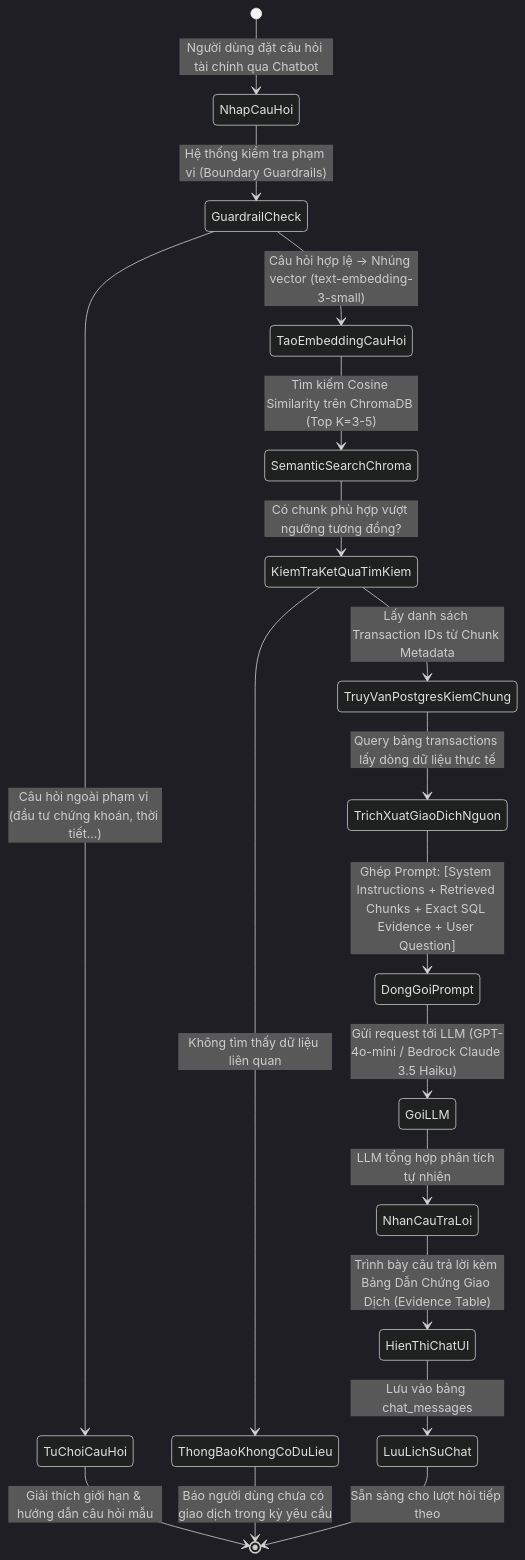
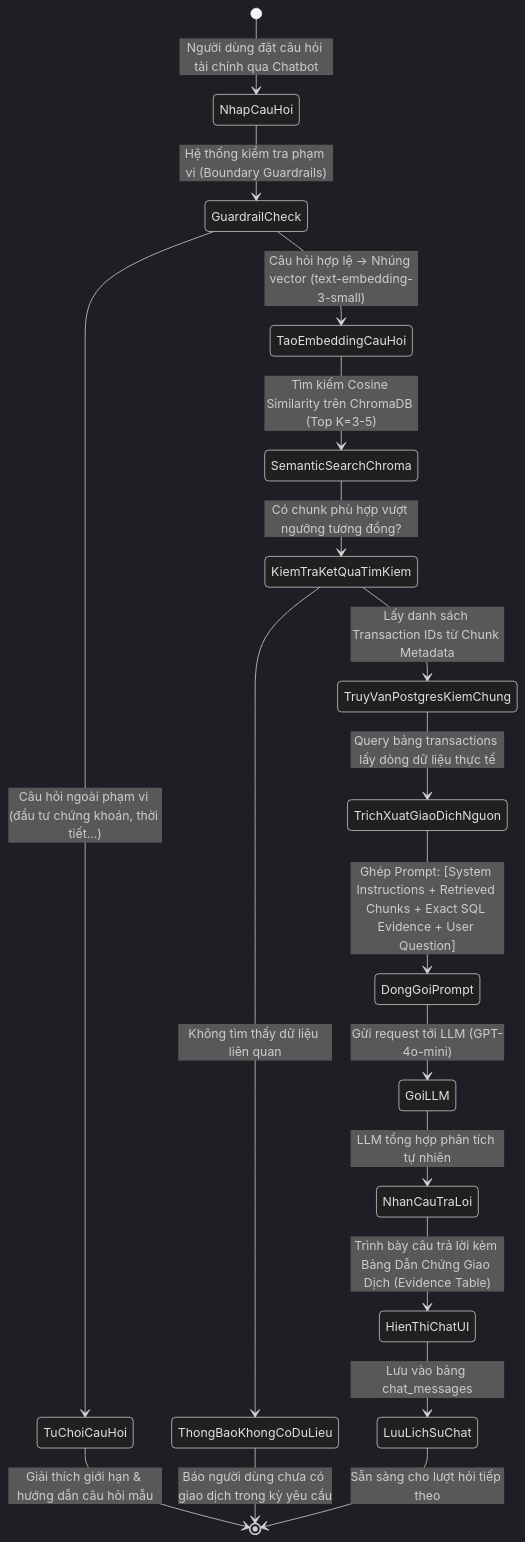
The sixth of 9 diagrams in docs/report/bao_cao_chuong_3_thiet_ke_va_phat_trien_budgetbot.md (nabe39/budgetbot-aws), drawn with Mermaid (dark theme) before and after one commit. The commit also changed other lines of this file and 14 other files, not shown here.

````diff
--- a/docs/report/bao_cao_chuong_3_thiet_ke_va_phat_trien_budgetbot.md
+++ b/docs/report/bao_cao_chuong_3_thiet_ke_va_phat_trien_budgetbot.md
@@ -588,28 +588,28 @@
 ```mermaid
 stateDiagram-v2
     [*] --> NhapCauHoi: Người dùng đặt câu hỏi tài chính qua Chatbot
     NhapCauHoi --> GuardrailCheck: Hệ thống kiểm tra phạm vi (Boundary Guardrails)
     
     state GuardrailCheck <<choice>>
     GuardrailCheck --> TuChoiCauHoi: Câu hỏi ngoài phạm vi (đầu tư chứng khoán, thời tiết...)
     TuChoiCauHoi --> [*]: Giải thích giới hạn & hướng dẫn câu hỏi mẫu
     
     GuardrailCheck --> TaoEmbeddingCauHoi: Câu hỏi hợp lệ -> Nhúng vector (text-embedding-3-small)
     TaoEmbeddingCauHoi --> SemanticSearchChroma: Tìm kiếm Cosine Similarity trên ChromaDB (Top K=3-5)
     
     SemanticSearchChroma --> KiemTraKetQuaTimKiem: Có chunk phù hợp vượt ngưỡng tương đồng?
     state KiemTraKetQuaTimKiem <<choice>>
     KiemTraKetQuaTimKiem --> ThongBaoKhongCoDuLieu: Không tìm thấy dữ liệu liên quan
     ThongBaoKhongCoDuLieu --> [*]: Báo người dùng chưa có giao dịch trong kỳ yêu cầu
 
     KiemTraKetQuaTimKiem --> TruyVanPostgresKiemChung: Lấy danh sách Transaction IDs từ Chunk Metadata
     TruyVanPostgresKiemChung --> TrichXuatGiaoDichNguon: Query bảng transactions lấy dòng dữ liệu thực tế
     
     TrichXuatGiaoDichNguon --> DongGoiPrompt: Ghép Prompt: [System Instructions + Retrieved Chunks + Exact SQL Evidence + User Question]
-    DongGoiPrompt --> GoiLLM: Gửi request tới LLM (GPT-4o-mini / Bedrock Claude 3.5 Haiku)
+    DongGoiPrompt --> GoiLLM: Gửi request tới LLM (GPT-4o-mini)
     
     GoiLLM --> NhanCauTraLoi: LLM tổng hợp phân tích tự nhiên
     NhanCauTraLoi --> HienThiChatUI: Trình bày câu trả lời kèm Bảng Dẫn Chứng Giao Dịch (Evidence Table)
     HienThiChatUI --> LuuLichSuChat: Lưu vào bảng chat_messages
     LuuLichSuChat --> [*]: Sẵn sàng cho lượt hỏi tiếp theo
 ```
````
